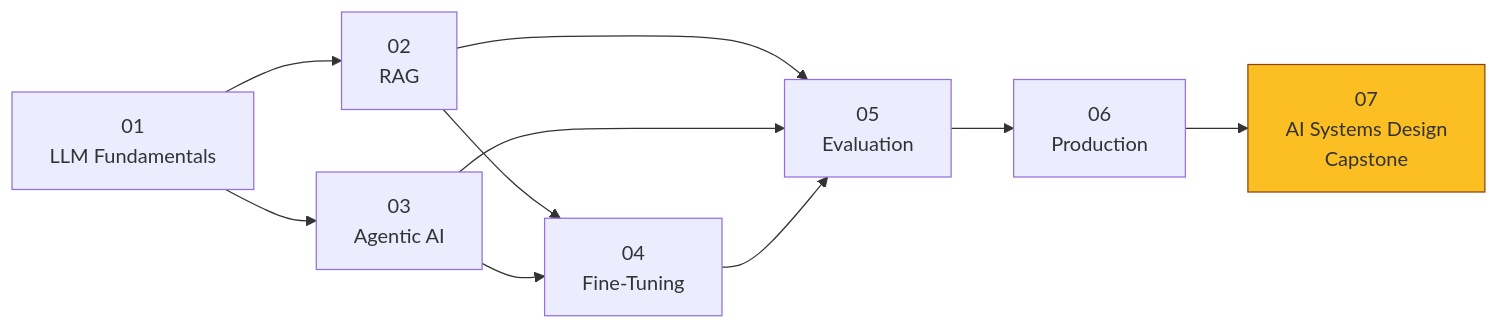
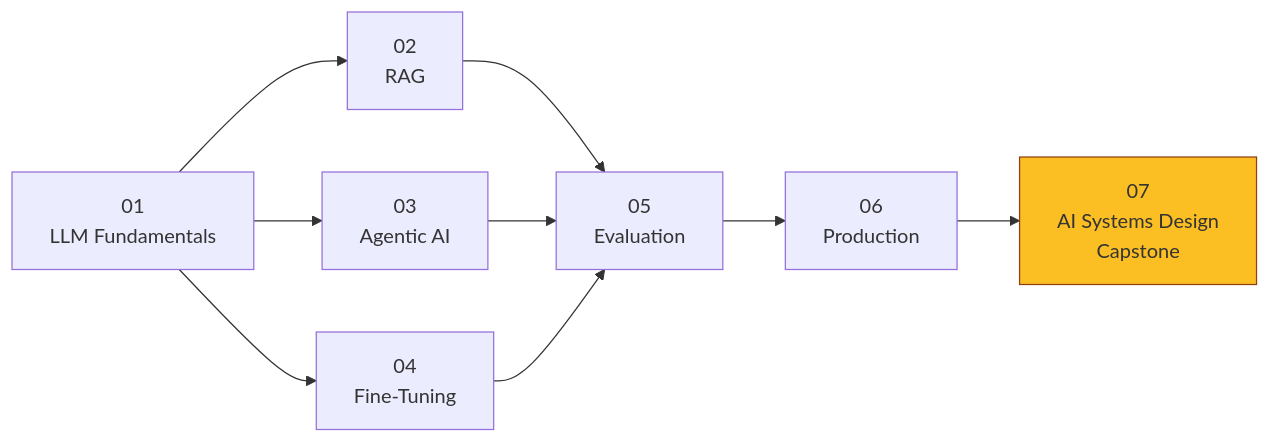
One commit to Khalid7466/ai-engineering changed the diagram in README.md. Above: the diagram before and after it, drawn with Mermaid. The commit also changed other lines of this file, not shown here.

Commit message:
docs: fix README duplicates, correct dependency graph

````diff
--- a/README.md
+++ b/README.md
@@ -45,14 +37,13 @@
 ```mermaid
 graph LR
     A[01\nLLM Fundamentals] --> B[02\nRAG]
     A --> C[03\nAgentic AI]
-    B --> D[04\nFine-Tuning]
-    C --> D
+    A --> D[04\nFine-Tuning]
     B --> E[05\nEvaluation]
     C --> E
     D --> E
     E --> F[06\nProduction]
     F --> G[07\nAI Systems Design\nCapstone]
 
     style G fill:#fbbf24,stroke:#92400e
 ```
````
